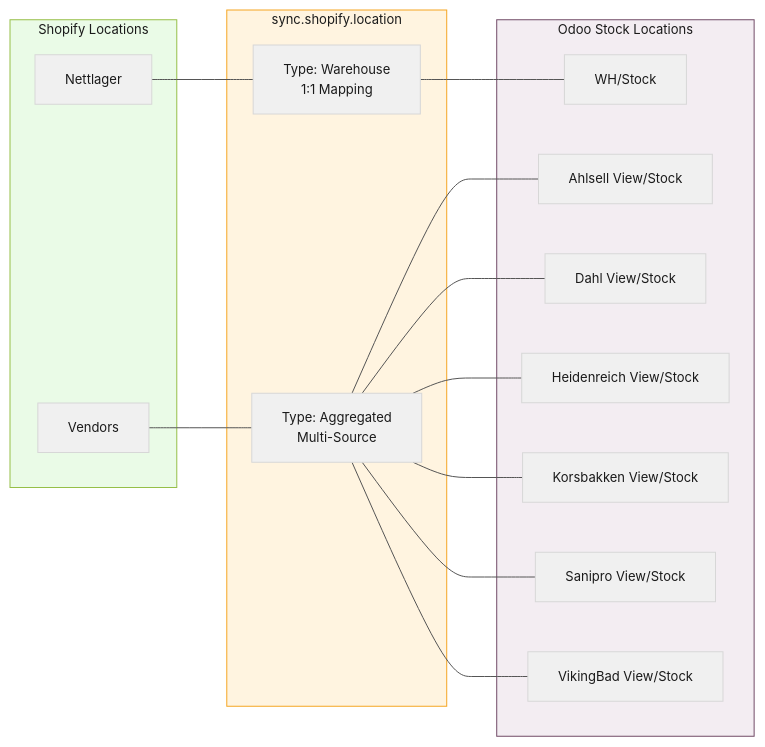
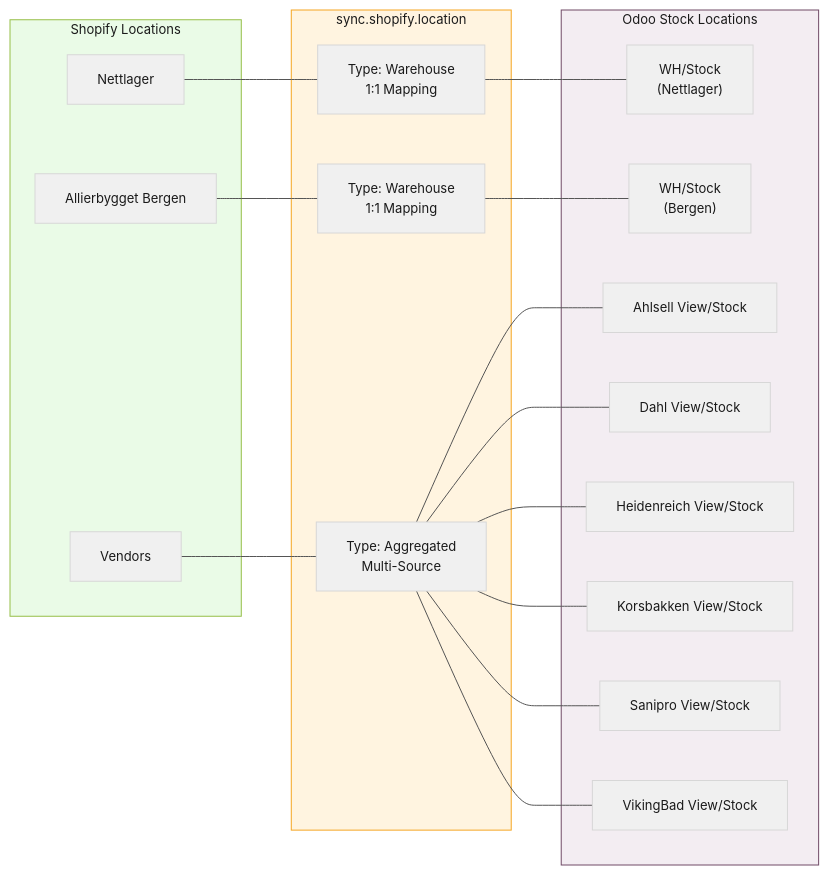
One commit to ozan-droid/documents changed the fifth of 16 diagrams in shopify-sync-odoo-scenarios.md. Above: the diagram before and after it, drawn with Mermaid. The commit also changed other lines of this file, not shown here.

````diff
--- a/shopify-sync-odoo-scenarios.md
+++ b/shopify-sync-odoo-scenarios.md
@@ -220,36 +220,40 @@
 ```mermaid
 %%{init: {'theme': 'base', 'themeVariables': {'primaryColor': '#f0f0f0', 'primaryTextColor': '#1a1a1a', 'lineColor': '#555', 'textColor': '#1a1a1a', 'fontSize': '13px'}}}%%
 flowchart LR
     subgraph Shopify ["Shopify Locations"]
         SN["Nettlager"]
+        SA["Allierbygget Bergen"]
         SV["Vendors"]
     end
 
     subgraph Mapping ["sync.shopify.location"]
         M1["Type: Warehouse\n1:1 Mapping"]
+        M1B["Type: Warehouse\n1:1 Mapping"]
         M2["Type: Aggregated\nMulti-Source"]
     end
 
     subgraph Odoo ["Odoo Stock Locations"]
-        OW["WH/Stock"]
+        OW["WH/Stock\n(Nettlager)"]
+        OWB["WH/Stock\n(Bergen)"]
         OA["Ahlsell View/Stock"]
         OD["Dahl View/Stock"]
         OH["Heidenreich View/Stock"]
         OK["Korsbakken View/Stock"]
         OS["Sanipro View/Stock"]
         OV["VikingBad View/Stock"]
     end
 
     SN --- M1 --- OW
+    SA --- M1B --- OWB
     SV --- M2
     M2 --- OA
     M2 --- OD
     M2 --- OH
     M2 --- OK
     M2 --- OS
     M2 --- OV
 
     style Shopify fill:#eafbe7,stroke:#96bf48,color:#1a1a1a
     style Mapping fill:#fff4e0,stroke:#f5a623,color:#1a1a1a
     style Odoo fill:#f3edf2,stroke:#714b67,color:#1a1a1a
 ```
````
